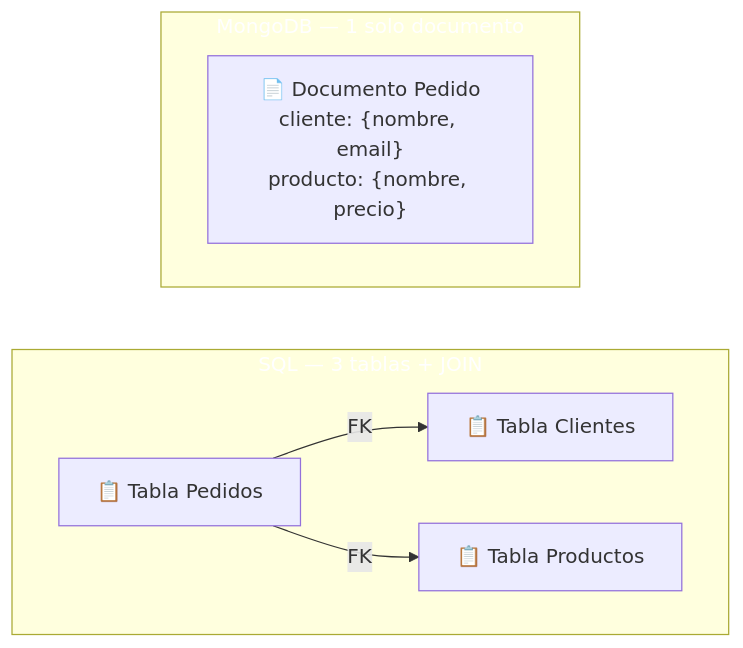
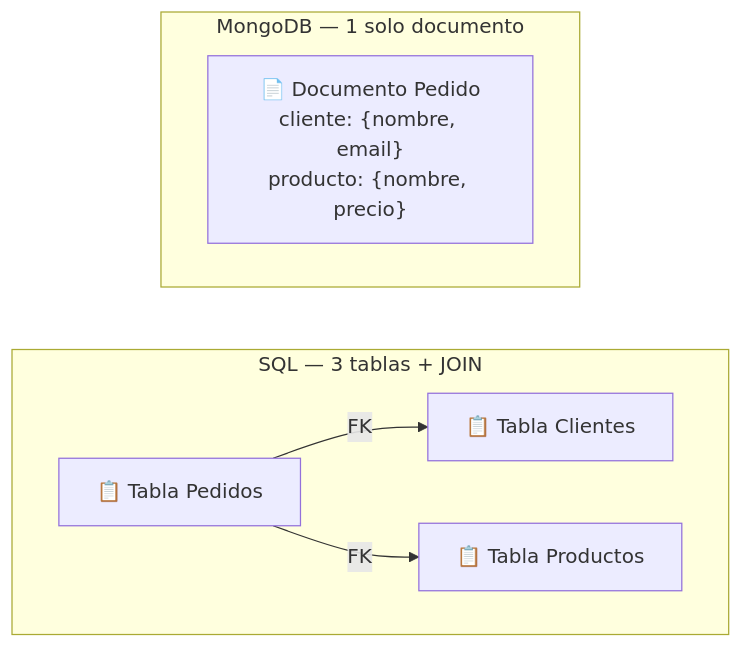
One commit to joseluisgs/DesarrolloWebEntornosServidor-01-2026-2027 changed the fifth of 14 diagrams in 21-sql-nosql.md. Above: the diagram before and after it, drawn with Mermaid. The commit also changed other lines of this file and 15 other files, not shown here.

Commit message:
docs: quitar el relleno a los subgraf de los diagramas y corregir comillas y rayas sueltas

````diff
--- a/21-sql-nosql.md
+++ b/21-sql-nosql.md
@@ -1181,16 +1174,14 @@
 ```mermaid
 graph LR
     subgraph SQL["SQL — 3 tablas + JOIN"]
         direction LR
         T1["📋 Tabla Pedidos"] -->|"FK"| T2["📋 Tabla Clientes"]
         T1 -->|"FK"| T3["📋 Tabla Productos"]
     end
 
     subgraph MONGO["MongoDB — 1 solo documento"]
         direction LR
         D1["📄 Documento Pedido<br/>cliente: {nombre, email}<br/>producto: {nombre, precio}"]
     end
 
-    style SQL fill:#2196F,color:#fff3,color:#fff
-    style MONGO fill:#FF980,color:#fff0,color:#fff
 ```
````
